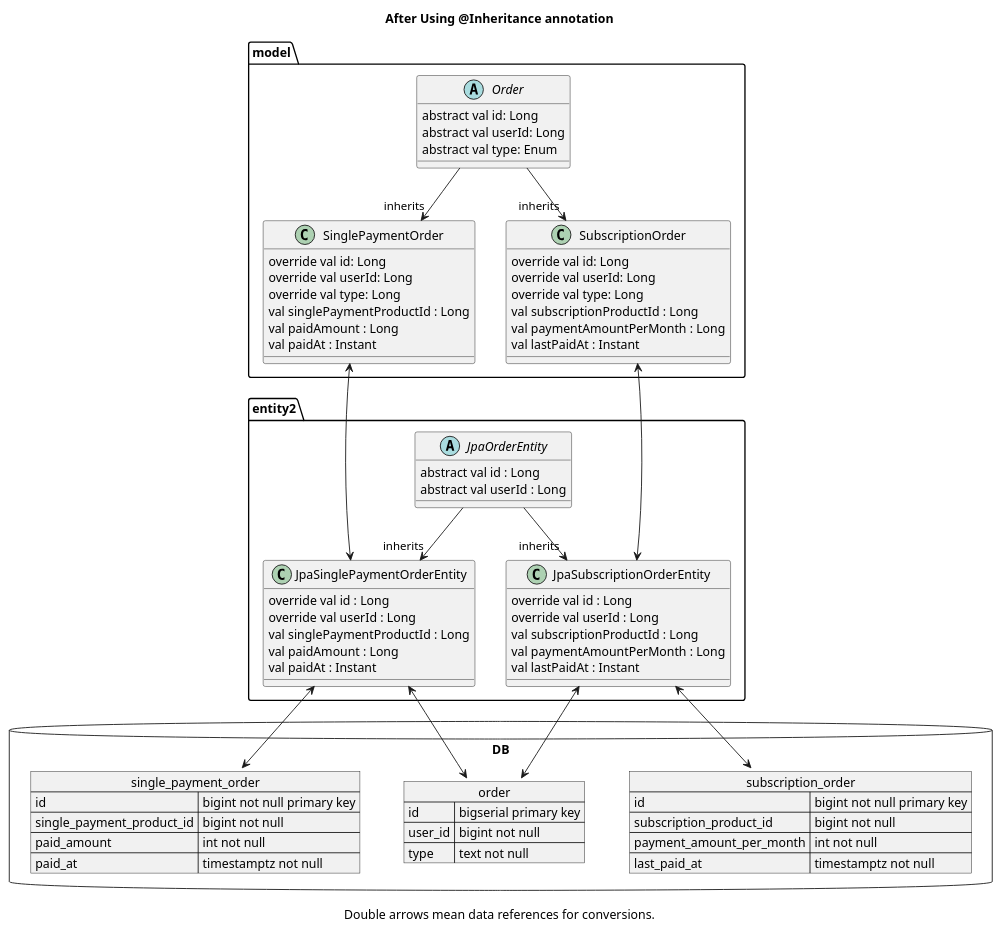
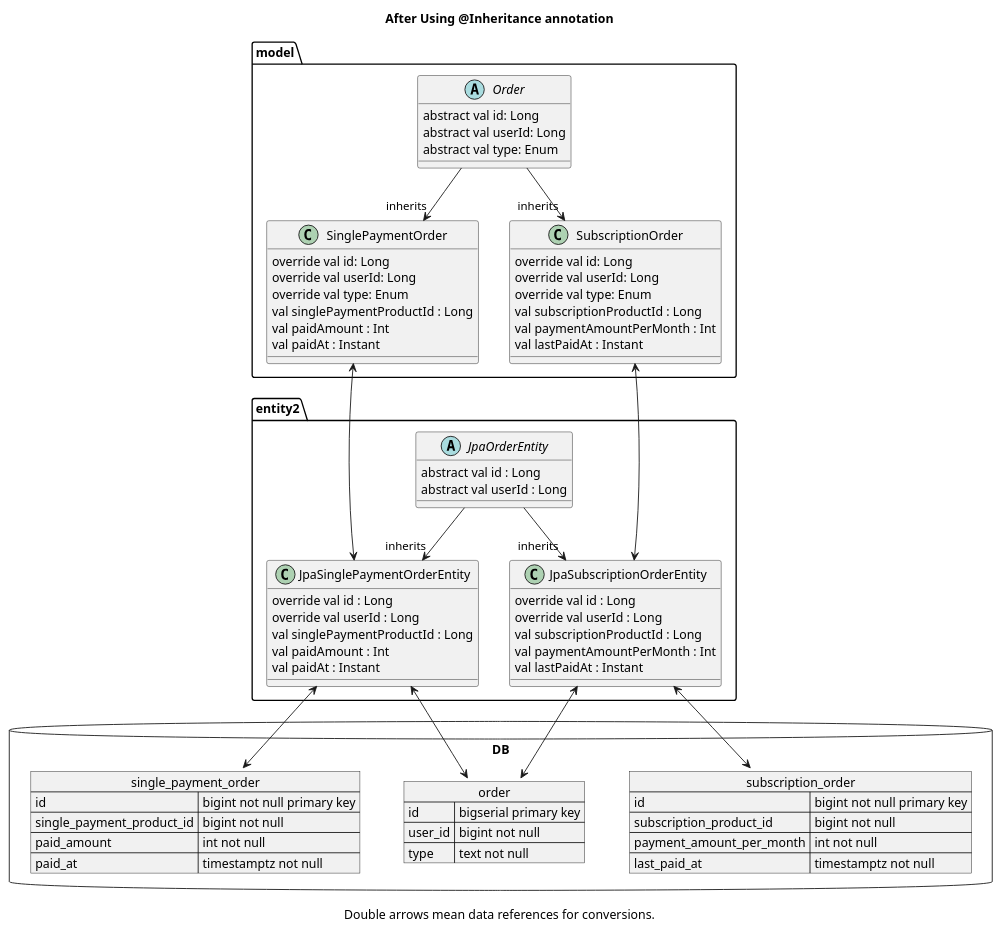
One commit to wonsim02/spring-kotlin-exercise changed the diagram in examples/examples-jpa-polymorphism/examples-jpa-polymorphism-after.puml. Above: the diagram before and after it, drawn with PlantUML. The commit also changed 3 other files, not shown here.

```diff
--- a/examples/examples-jpa-polymorphism/examples-jpa-polymorphism-after.puml
+++ b/examples/examples-jpa-polymorphism/examples-jpa-polymorphism-after.puml
@@ -1,111 +1,111 @@
 @startuml
 
 package model {
     class SinglePaymentOrder {
         override val id: Long
         override val userId: Long
-        override val type: Long
+        override val type: Enum
         val singlePaymentProductId : Long
-        val paidAmount : Long
+        val paidAmount : Int
         val paidAt : Instant
     }
 
     abstract class Order {
         abstract val id: Long
         abstract val userId: Long
         abstract val type: Enum
     }
 
     class SubscriptionOrder {
         override val id: Long
         override val userId: Long
-        override val type: Long
+        override val type: Enum
         val subscriptionProductId : Long
-        val paymentAmountPerMonth : Long
+        val paymentAmountPerMonth : Int
         val lastPaidAt : Instant
     }
 }
 
 package entity2 {
     class JpaSinglePaymentOrderEntity {
         override val id : Long
         override val userId : Long
         val singlePaymentProductId : Long
-        val paidAmount : Long
+        val paidAmount : Int
         val paidAt : Instant
     }
 
     abstract class JpaOrderEntity {
         abstract val id : Long
         abstract val userId : Long
     }
 
     class JpaSubscriptionOrderEntity {
         override val id : Long
         override val userId : Long
         val subscriptionProductId : Long
-        val paymentAmountPerMonth : Long
+        val paymentAmountPerMonth : Int
         val lastPaidAt : Instant
     }
 }
 
 database DB {
     json single_payment_order {
         "id" : "bigint not null primary key",
         "single_payment_product_id" : "bigint not null",
         "paid_amount" : "int not null",
         "paid_at" : "timestamptz not null"
     }
 
     json order {
         "id" : "bigserial primary key",
         "user_id" : "bigint not null",
         "type" : "text not null"
     }
 
 
     json subscription_order {
         "id" : "bigint not null primary key",
         "subscription_product_id" : "bigint not null",
         "payment_amount_per_month" : "int not null",
         "last_paid_at" : "timestamptz not null"
     }
 }
 
 'inside model'
 
 Order -d-> "inherits" SinglePaymentOrder
 Order -d-> "inherits" SubscriptionOrder
 
 'inside entity1'
 
 JpaOrderEntity -d-> "inherits" JpaSinglePaymentOrderEntity
 JpaOrderEntity -d-> "inherits" JpaSubscriptionOrderEntity
 
 'inside DB'
 
 order -[hidden]l- single_payment_order
 order -[hidden]r- subscription_order
 
 'model - entity2'
 
 SinglePaymentOrder -[hidden]d- JpaOrderEntity
 SubscriptionOrder -[hidden]d- JpaOrderEntity
 SinglePaymentOrder <-d-> JpaSinglePaymentOrderEntity
 SinglePaymentOrder -[hidden]d- JpaSinglePaymentOrderEntity
 SinglePaymentOrder -[hidden]d- JpaSinglePaymentOrderEntity
 SubscriptionOrder -[hidden]d- JpaSubscriptionOrderEntity
 SubscriptionOrder -[hidden]d- JpaSubscriptionOrderEntity
 SubscriptionOrder <-d-> JpaSubscriptionOrderEntity
 
 'entity1 - DB'
 
 JpaSinglePaymentOrderEntity <-d-> single_payment_order
 JpaSinglePaymentOrderEntity <-d-> order
 JpaSubscriptionOrderEntity <-d-> subscription_order
 JpaSubscriptionOrderEntity <-d-> order
 
 title After Using @Inheritance annotation
 caption Double arrows mean data references for conversions.
 
 @enduml
```
